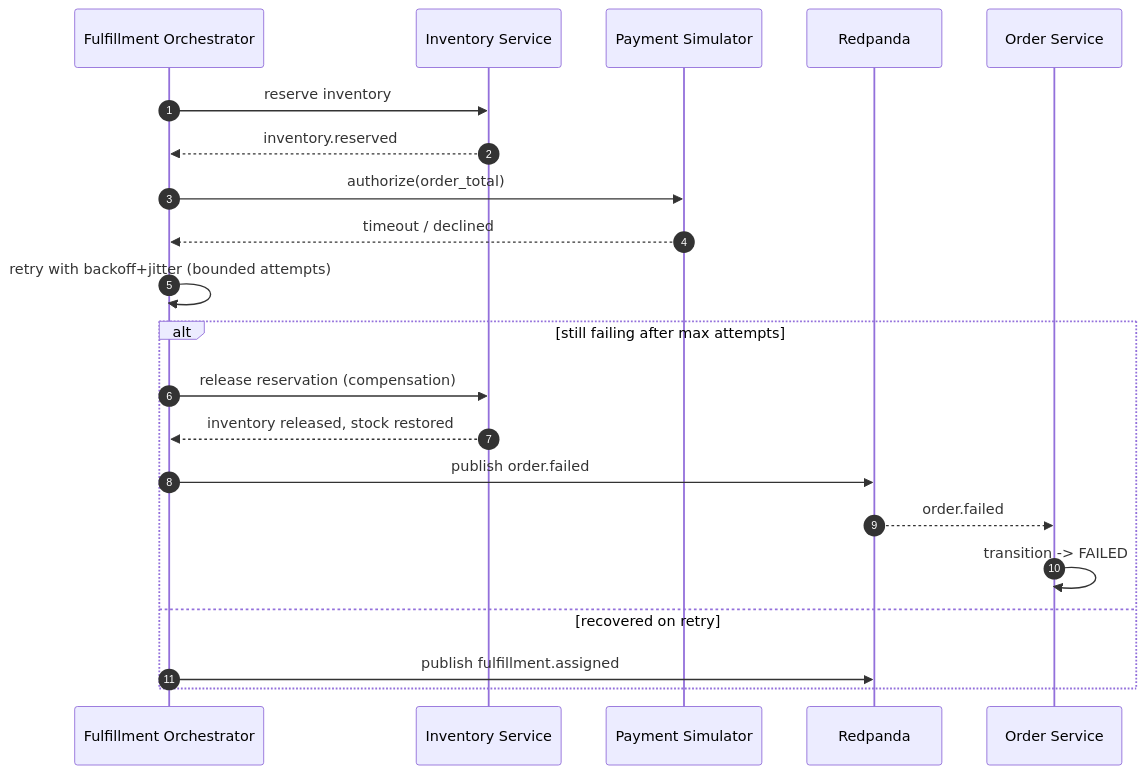
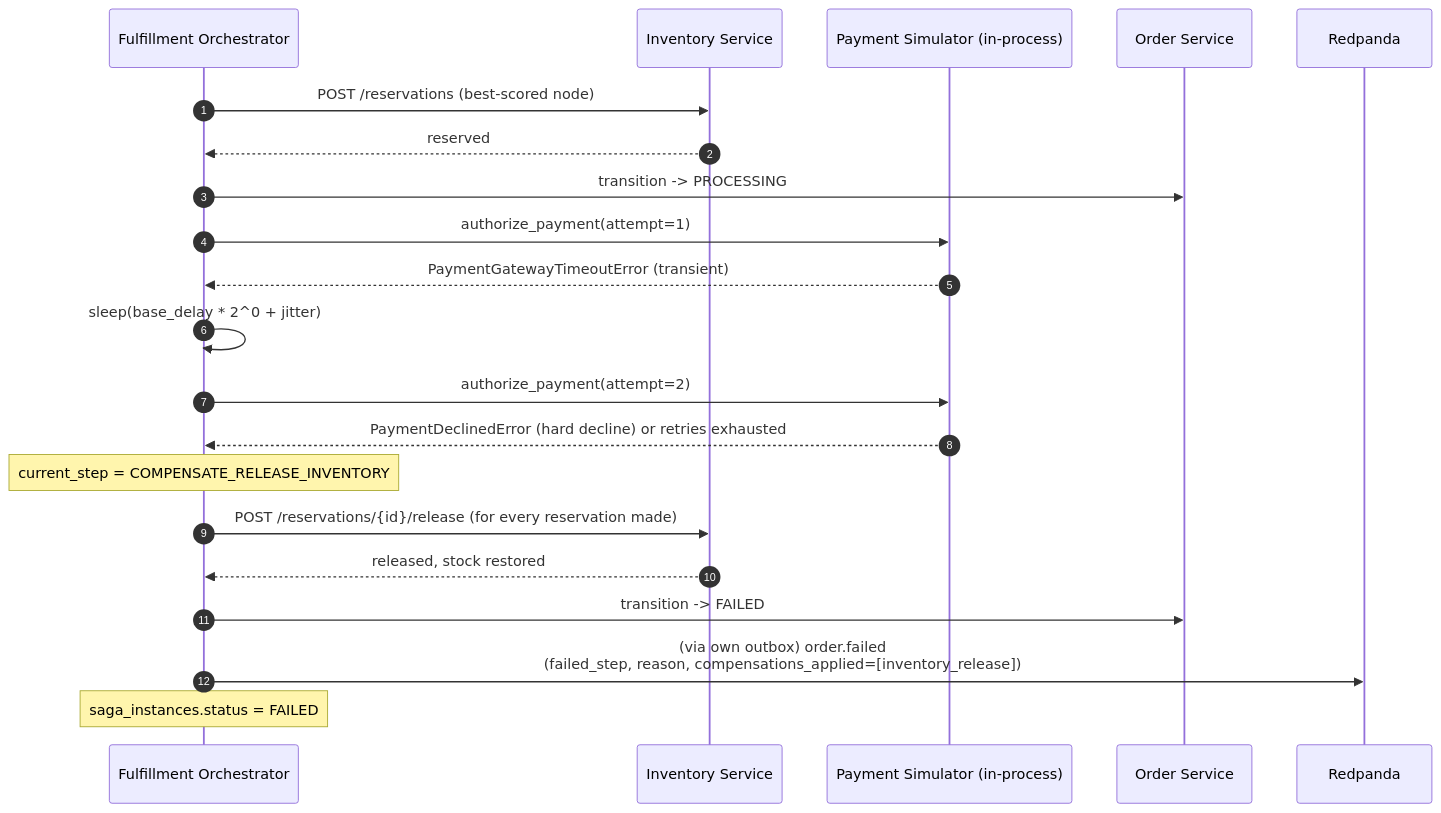
One commit to SamudralaAjaykumarrr/omniflow changed the fourth of 8 diagrams in docs/architecture.md. Above: the diagram before and after it, drawn with Mermaid. The commit also changed other lines of this file and 77 other files, not shown here.

````diff
--- a/docs/architecture.md
+++ b/docs/architecture.md
@@ -130,24 +137,24 @@
 ```mermaid
 sequenceDiagram
   autonumber
   participant ORCH as Fulfillment Orchestrator
   participant INV as Inventory Service
-  participant PAY as Payment Simulator
+  participant PAY as Payment Simulator (in-process)
+  participant OS as Order Service
   participant RP as Redpanda
-  participant OS as Order Service
 
-  ORCH->>INV: reserve inventory
-  INV-->>ORCH: inventory.reserved
-  ORCH->>PAY: authorize(order_total)
-  PAY-->>ORCH: timeout / declined
-  ORCH->>ORCH: retry with backoff+jitter (bounded attempts)
-  alt still failing after max attempts
-    ORCH->>INV: release reservation (compensation)
-    INV-->>ORCH: inventory released, stock restored
-    ORCH->>RP: publish order.failed
-    RP-->>OS: order.failed
-    OS->>OS: transition -> FAILED
-  else recovered on retry
-    ORCH->>RP: publish fulfillment.assigned
-  end
+  ORCH->>INV: POST /reservations (best-scored node)
+  INV-->>ORCH: reserved
+  ORCH->>OS: transition -> PROCESSING
+  ORCH->>PAY: authorize_payment(attempt=1)
+  PAY-->>ORCH: PaymentGatewayTimeoutError (transient)
+  ORCH->>ORCH: sleep(base_delay * 2^0 + jitter)
+  ORCH->>PAY: authorize_payment(attempt=2)
+  PAY-->>ORCH: PaymentDeclinedError (hard decline) or retries exhausted
+  Note over ORCH: current_step = COMPENSATE_RELEASE_INVENTORY
+  ORCH->>INV: POST /reservations/{id}/release (for every reservation made)
+  INV-->>ORCH: released, stock restored
+  ORCH->>OS: transition -> FAILED
+  ORCH->>RP: (via own outbox) order.failed<br/>(failed_step, reason, compensations_applied=[inventory_release])
+  Note over ORCH: saga_instances.status = FAILED
 ```
````
